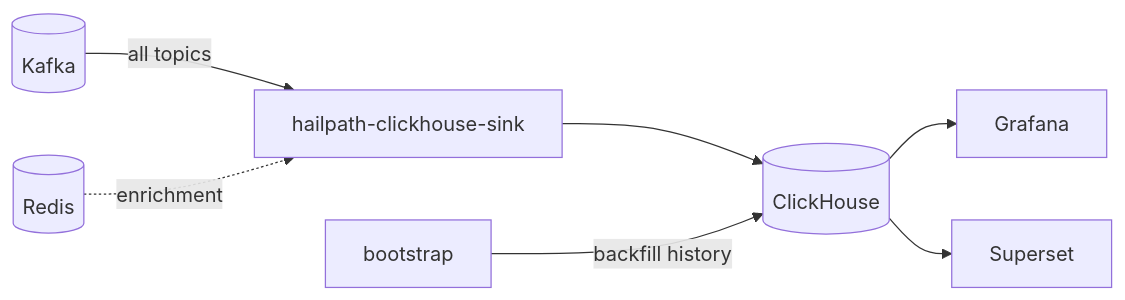
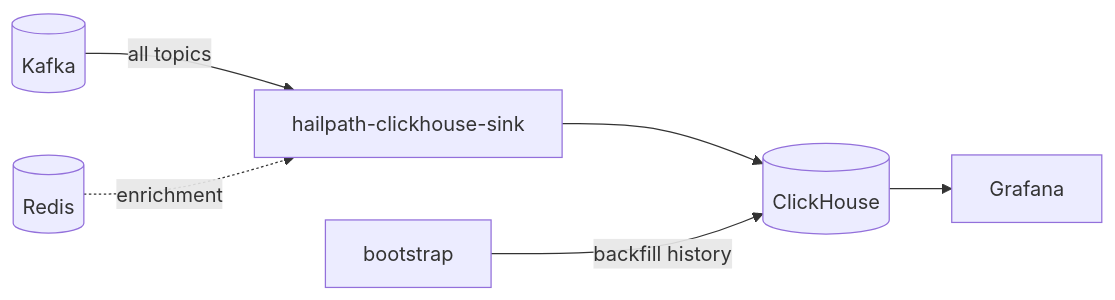
One commit to bahman-farhadian/Meanul-Data-Studio changed the fourth of 9 diagrams in README.md. Above: the diagram before and after it, drawn with Mermaid. The commit also changed other lines of this file and 16 other files, not shown here.

````diff
--- a/README.md
+++ b/README.md
@@ -253,17 +252,15 @@
 ```mermaid
 graph LR
     KAFKA[("Kafka")]
     REDIS[("Redis")]
     SINK["hailpath-clickhouse-sink"]
     CH[("ClickHouse")]
     BOOT["bootstrap"]
     GRAF["Grafana"]
-    SUPER["Superset"]
 
     KAFKA -->|"all topics"| SINK
     REDIS -.->|"enrichment"| SINK
     SINK --> CH
     BOOT -->|"backfill history"| CH
     CH --> GRAF
-    CH --> SUPER
 ```
````
